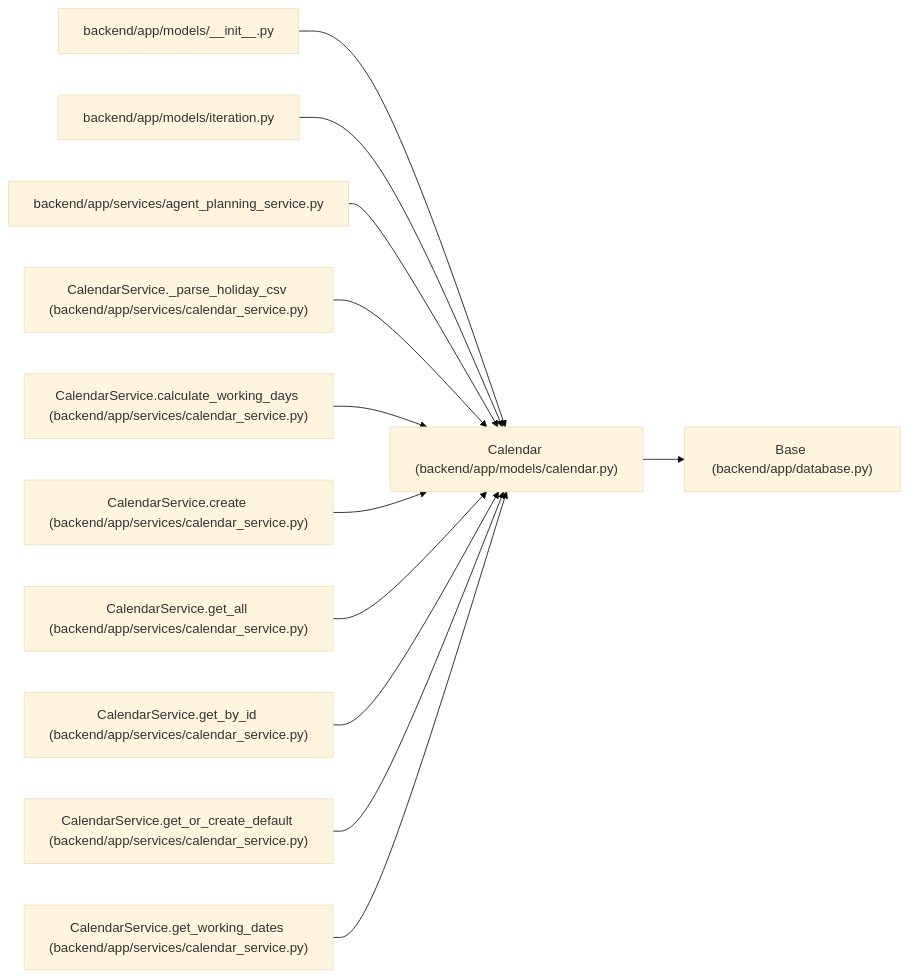
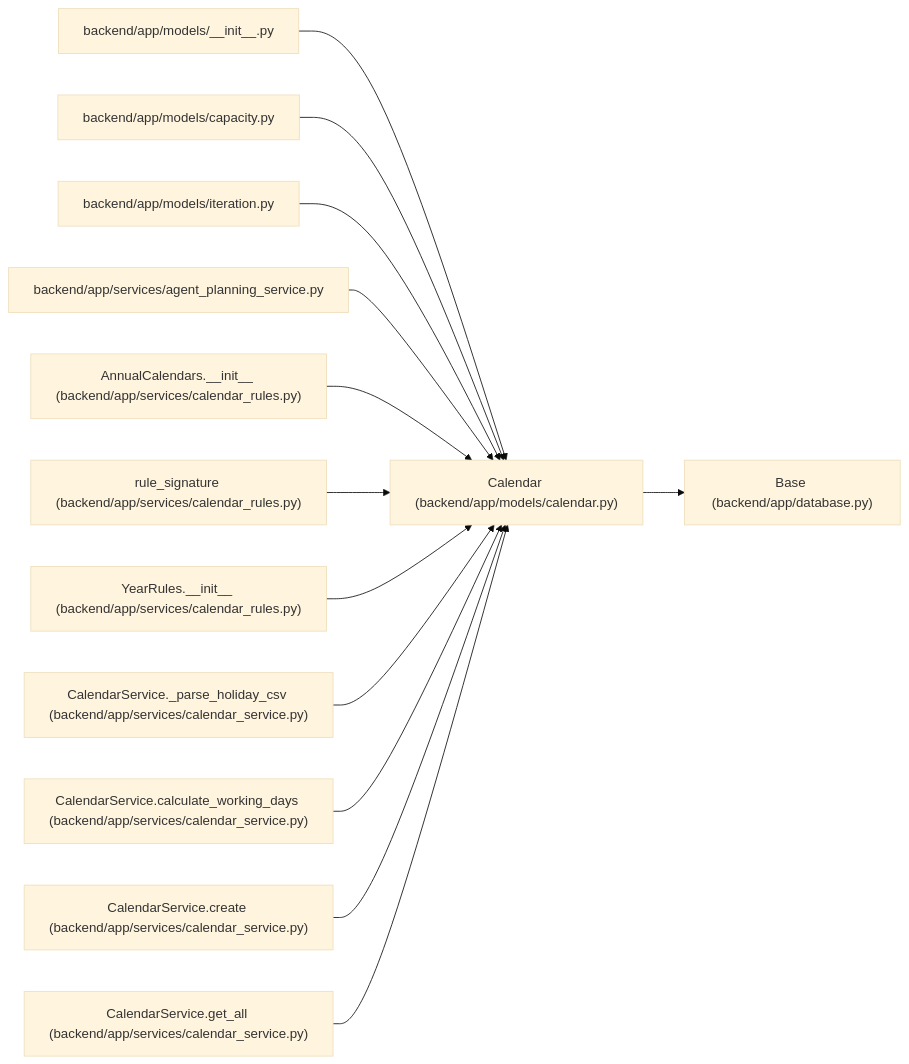
Before and after one commit to Denissvgn/WorkChord: the diagram in docs/llm_wiki/entities/models_calendar_Calendar.md, drawn with Mermaid (base theme). The commit also changed other lines of this file and 920 other files, not shown here.

Commit message:
Document explicit annual calendars and forecast ownership

````diff
--- a/docs/llm_wiki/entities/models_calendar_Calendar.md
+++ b/docs/llm_wiki/entities/models_calendar_Calendar.md
@@ -37,38 +37,41 @@
 ```mermaid
 flowchart LR
     n0["Calendar (backend/app/models/calendar.py)"]
     n1["Base (backend/app/database.py)"]
     n2["backend/app/models/__init__.py"]
-    n3["backend/app/models/iteration.py"]
-    n4["backend/app/services/agent_planning_service.py"]
-    n5["CalendarService._parse_holiday_csv (backend/app/services/calendar_service.py)"]
-    n6["CalendarService.calculate_working_days (backend/app/services/calendar_service.py)"]
-    n7["CalendarService.create (backend/app/services/calendar_service.py)"]
-    n8["CalendarService.get_all (backend/app/services/calendar_service.py)"]
-    n9["CalendarService.get_by_id (backend/app/services/calendar_service.py)"]
-    n10["CalendarService.get_or_create_default (backend/app/services/calendar_service.py)"]
-    n11["CalendarService.get_working_dates (backend/app/services/calendar_service.py)"]
+    n3["backend/app/models/capacity.py"]
+    n4["backend/app/models/iteration.py"]
+    n5["backend/app/services/agent_planning_service.py"]
+    n6["AnnualCalendars.__init__ (backend/app/services/calendar_rules.py)"]
+    n7["rule_signature (backend/app/services/calendar_rules.py)"]
+    n8["YearRules.__init__ (backend/app/services/calendar_rules.py)"]
+    n9["CalendarService._parse_holiday_csv (backend/app/services/calendar_service.py)"]
+    n10["CalendarService.calculate_working_days (backend/app/services/calendar_service.py)"]
+    n11["CalendarService.create (backend/app/services/calendar_service.py)"]
+    n12["CalendarService.get_all (backend/app/services/calendar_service.py)"]
     n0 --> n1
     n2 --> n0
     n3 --> n0
     n4 --> n0
     n5 --> n0
     n6 --> n0
     n7 --> n0
     n8 --> n0
     n9 --> n0
     n10 --> n0
     n11 --> n0
+    n12 --> n0
     click n0 "../modules/models_calendar.md"
     click n1 "../modules/app_database.md"
     click n2 "../modules/models___init__.md"
-    click n3 "../modules/models_iteration.md"
-    click n4 "../modules/agent_planning_service.md"
-    click n5 "../modules/calendar_service.md"
-    click n6 "../modules/calendar_service.md"
-    click n7 "../modules/calendar_service.md"
-    click n8 "../modules/calendar_service.md"
+    click n3 "../modules/models_capacity.md"
+    click n4 "../modules/models_iteration.md"
+    click n5 "../modules/agent_planning_service.md"
+    click n6 "../modules/calendar_rules.md"
+    click n7 "../modules/calendar_rules.md"
+    click n8 "../modules/calendar_rules.md"
     click n9 "../modules/calendar_service.md"
     click n10 "../modules/calendar_service.md"
     click n11 "../modules/calendar_service.md"
+    click n12 "../modules/calendar_service.md"
 ```
````
